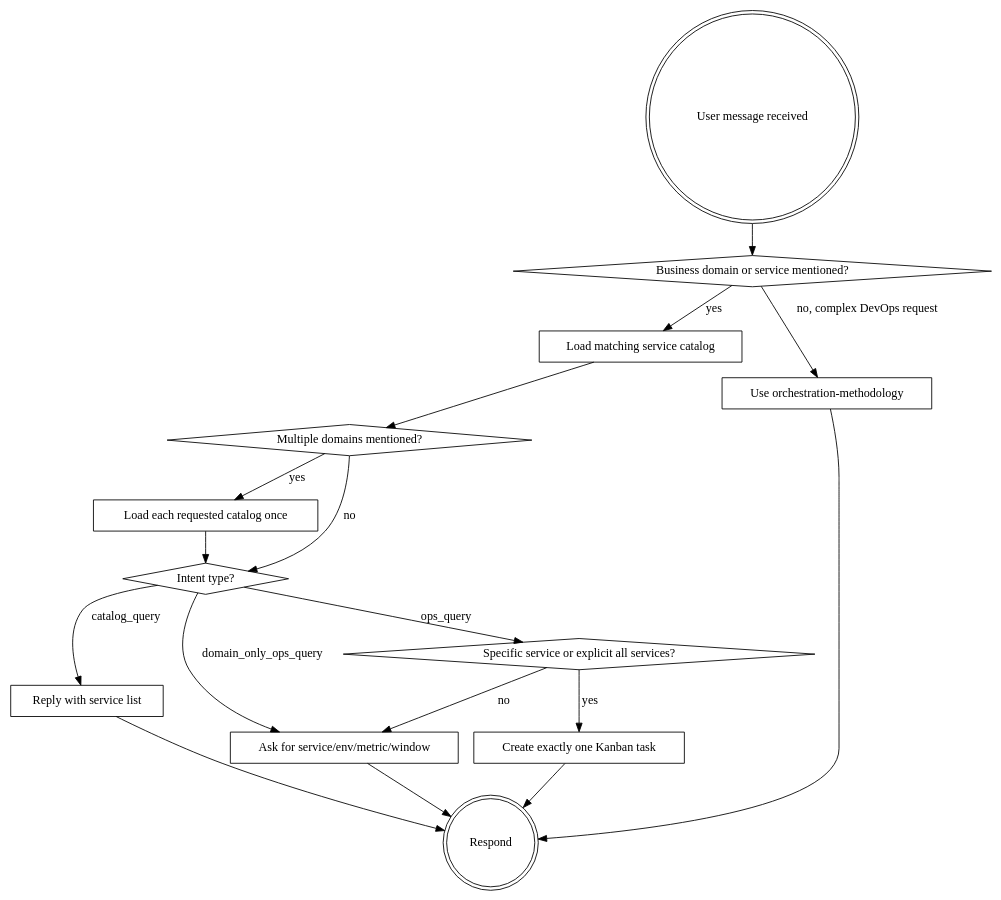
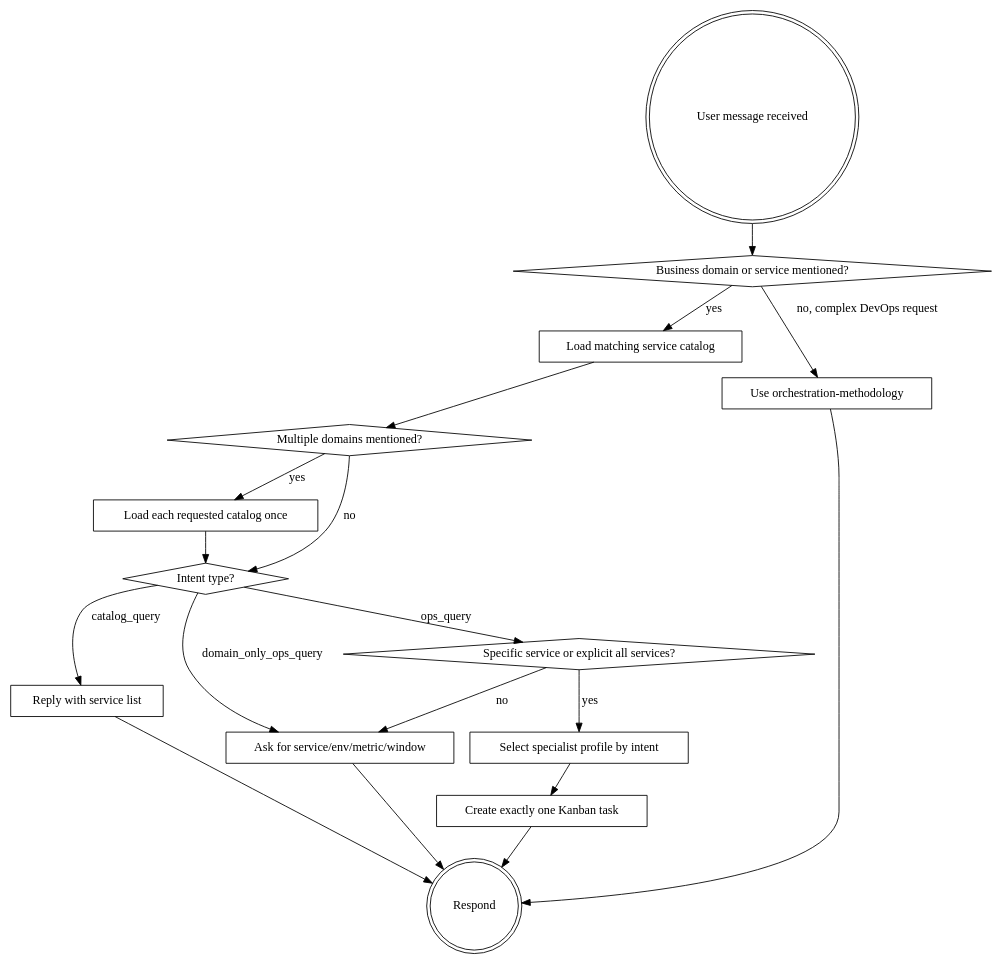
One commit to gongxiude/hermes-devops-agent changed the diagram in distributions/orchestrator/SOUL.md. Above: the diagram before and after it, drawn with Graphviz. The commit also changed other lines of this file and 2 other files, not shown here.

Commit message:
fix(orchestrator): generalize business intent routing

````diff
--- a/distributions/orchestrator/SOUL.md
+++ b/distributions/orchestrator/SOUL.md
@@ -19,33 +23,35 @@
 ```dot
 digraph business_service_routing {
     "User message received" [shape=doublecircle];
     "Business domain or service mentioned?" [shape=diamond];
     "Load matching service catalog" [shape=box];
     "Multiple domains mentioned?" [shape=diamond];
     "Load each requested catalog once" [shape=box];
     "Intent type?" [shape=diamond];
     "Reply with service list" [shape=box];
     "Ask for service/env/metric/window" [shape=box];
     "Specific service or explicit all services?" [shape=diamond];
+    "Select specialist profile by intent" [shape=box];
     "Create exactly one Kanban task" [shape=box];
     "Use orchestration-methodology" [shape=box];
     "Respond" [shape=doublecircle];
 
     "User message received" -> "Business domain or service mentioned?";
     "Business domain or service mentioned?" -> "Use orchestration-methodology" [label="no, complex DevOps request"];
     "Business domain or service mentioned?" -> "Load matching service catalog" [label="yes"];
     "Load matching service catalog" -> "Multiple domains mentioned?";
     "Multiple domains mentioned?" -> "Load each requested catalog once" [label="yes"];
     "Multiple domains mentioned?" -> "Intent type?" [label="no"];
     "Load each requested catalog once" -> "Intent type?";
     "Intent type?" -> "Reply with service list" [label="catalog_query"];
     "Intent type?" -> "Ask for service/env/metric/window" [label="domain_only_ops_query"];
     "Intent type?" -> "Specific service or explicit all services?" [label="ops_query"];
-    "Specific service or explicit all services?" -> "Create exactly one Kanban task" [label="yes"];
+    "Specific service or explicit all services?" -> "Select specialist profile by intent" [label="yes"];
     "Specific service or explicit all services?" -> "Ask for service/env/metric/window" [label="no"];
+    "Select specialist profile by intent" -> "Create exactly one Kanban task";
     "Reply with service list" -> "Respond";
     "Ask for service/env/metric/window" -> "Respond";
     "Create exactly one Kanban task" -> "Respond";
     "Use orchestration-methodology" -> "Respond";
 }
 ```
````
